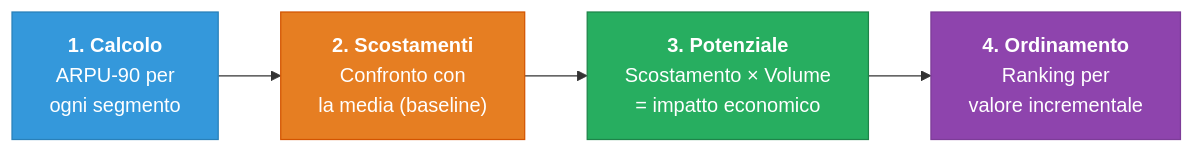
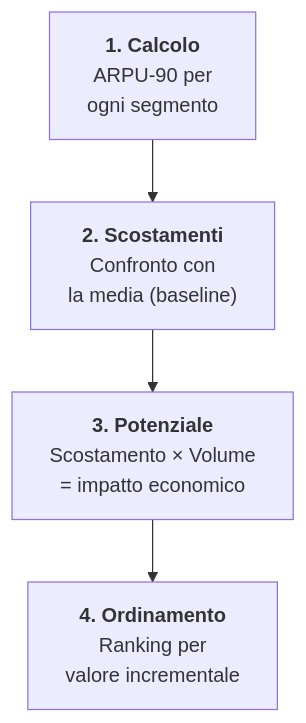
One commit to AndreyBertasini/gynnitech changed the ninth of 12 diagrams in src/content/corso/analisi-prodotto/analisi-coorte.mdx. Above: the diagram before and after it, drawn with Mermaid. The commit also changed other lines of this file and 110 other files, not shown here.

First line of the commit message:
chore(content): optimize mermaid diagrams for mobile and dark theme

````diff
--- a/src/content/corso/analisi-prodotto/analisi-coorte.mdx
+++ b/src/content/corso/analisi-prodotto/analisi-coorte.mdx
@@ -266,10 +239,6 @@
 ```mermaid
-graph LR
+flowchart TD
     S1["<b>1. Calcolo</b><br/>ARPU-90 per<br/>ogni segmento"] --> S2["<b>2. Scostamenti</b><br/>Confronto con<br/>la media (baseline)"]
     S2 --> S3["<b>3. Potenziale</b><br/>Scostamento × Volume<br/>= impatto economico"]
     S3 --> S4["<b>4. Ordinamento</b><br/>Ranking per<br/>valore incrementale"]
-    style S1 fill:#3498db,stroke:#2980b9,color:#fff
-    style S2 fill:#e67e22,stroke:#d35400,color:#fff
-    style S3 fill:#27ae60,stroke:#1e8449,color:#fff
-    style S4 fill:#8e44ad,stroke:#7d3c98,color:#fff
 ```
````
